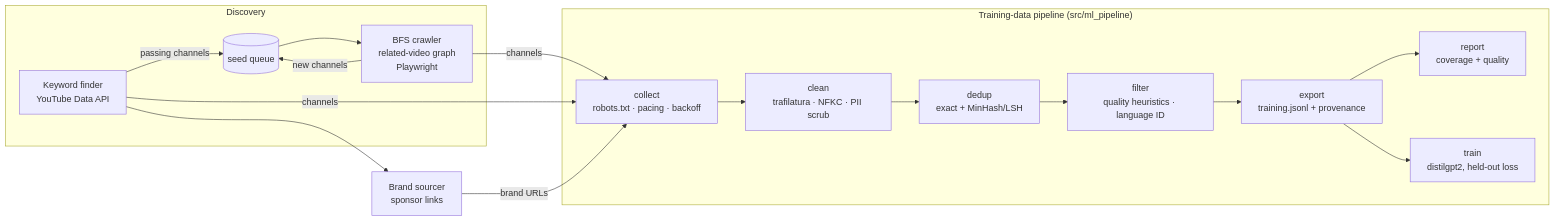
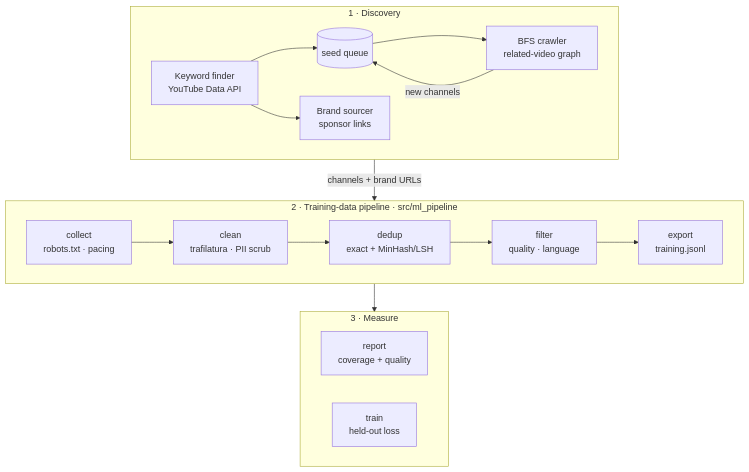
Before and after one commit to mbader099/youtube-creator-crawler: the diagram in README.md, drawn with Mermaid.

Commit message:
Make architecture diagram readable: top-to-bottom layout

````diff
--- a/README.md
+++ b/README.md
@@ -77,20 +77,24 @@
 ```mermaid
-flowchart LR
-    subgraph Discovery
-        A["Keyword finder<br/>YouTube Data API"] -->|passing channels| Q[("seed queue")]
-        Q --> B["BFS crawler<br/>related-video graph<br/>Playwright"]
+flowchart TB
+    subgraph DISC["1 · Discovery"]
+        direction LR
+        A["Keyword finder<br/>YouTube Data API"] --> Q[("seed queue")]
+        Q --> B["BFS crawler<br/>related-video graph"]
         B -->|new channels| Q
+        A --> S["Brand sourcer<br/>sponsor links"]
     end
-    subgraph "Training-data pipeline (src/ml_pipeline)"
-        C["collect<br/>robots.txt · pacing · backoff"] --> CL["clean<br/>trafilatura · NFKC · PII scrub"]
+    subgraph PIPE["2 · Training-data pipeline · src/ml_pipeline"]
+        direction LR
+        C["collect<br/>robots.txt · pacing"] --> CL["clean<br/>trafilatura · PII scrub"]
         CL --> D["dedup<br/>exact + MinHash/LSH"]
-        D --> F["filter<br/>quality heuristics · language ID"]
-        F --> X["export<br/>training.jsonl + provenance"]
-        X --> R["report<br/>coverage + quality"]
-        X --> T["train<br/>distilgpt2, held-out loss"]
+        D --> F["filter<br/>quality · language"]
+        F --> X["export<br/>training.jsonl"]
     end
-    B -->|channels| C
-    A -->|channels| C
-    S["Brand sourcer<br/>sponsor links"] -->|brand URLs| C
-    A --> S
+    subgraph EVAL["3 · Measure"]
+        direction LR
+        R["report<br/>coverage + quality"]
+        T["train<br/>held-out loss"]
+    end
+    DISC -->|channels + brand URLs| PIPE
+    PIPE --> EVAL
 ```
````
